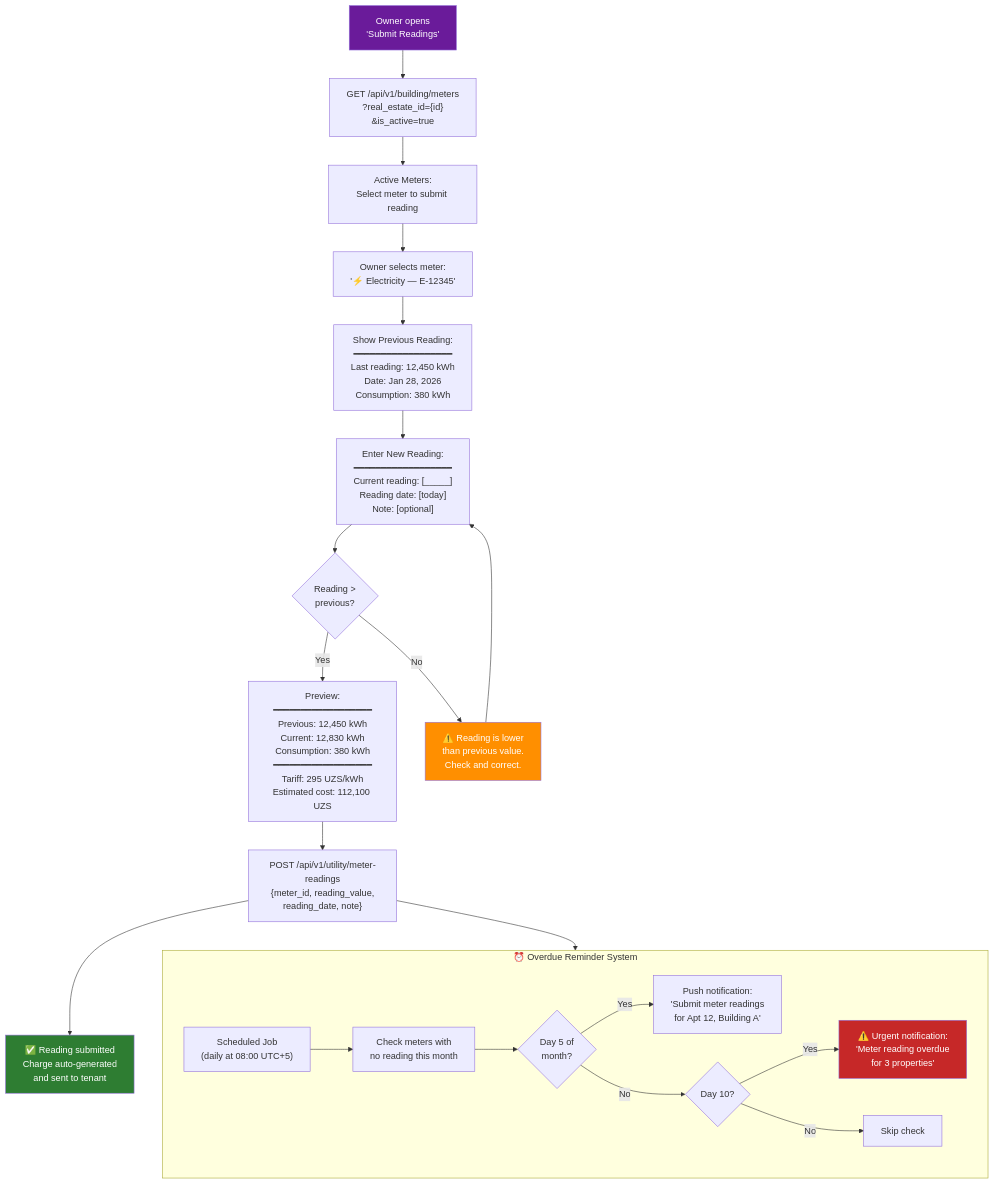
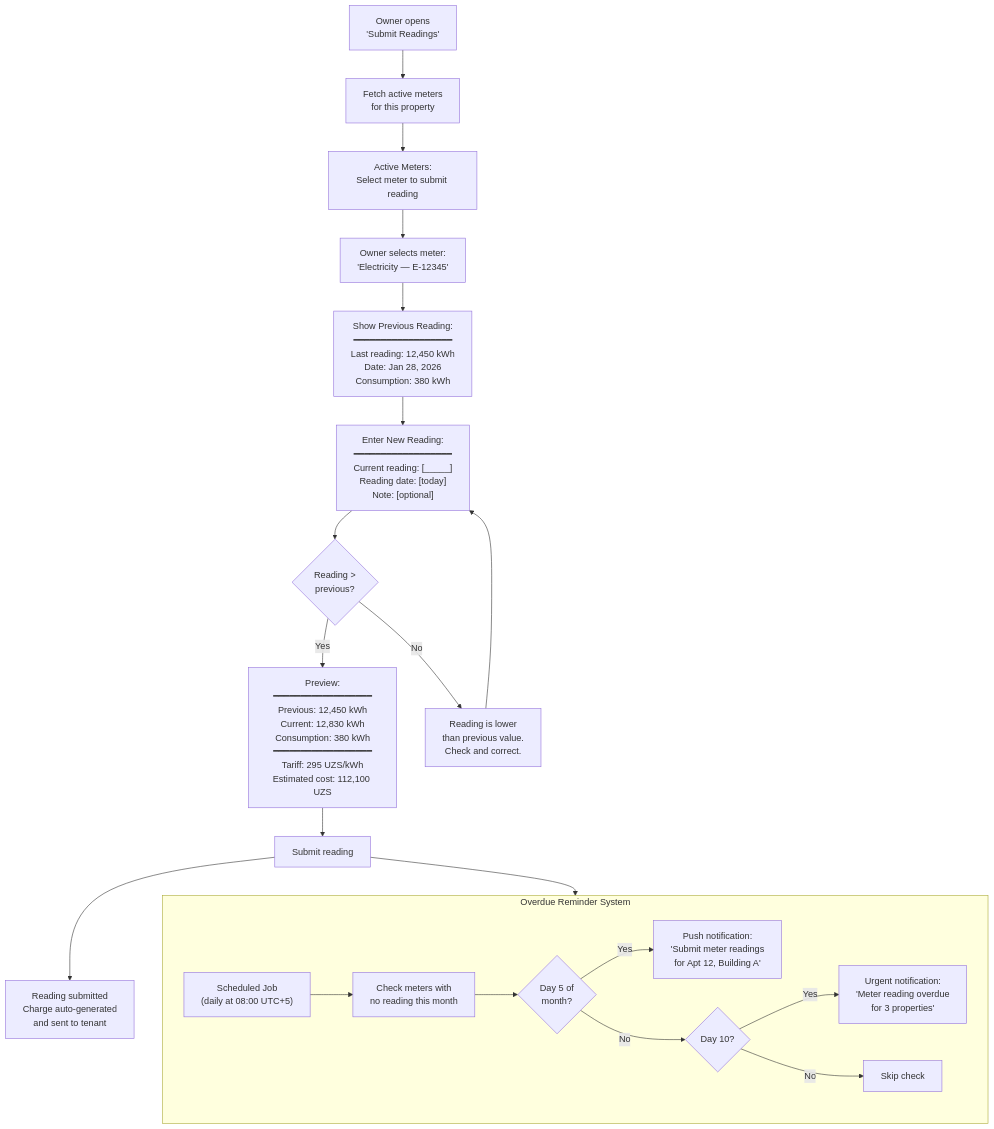
The fifth of 11 diagrams in Utilities - Business Owner.md (saodatm-dev/Utilities---Informational-Architecture), drawn with Mermaid before and after one commit. The commit also changed other lines of this file, not shown here.

Commit message:
refactor: Streamline Mermaid diagrams by removing icons, styling, and the 'Billing Management' flow, while expanding utility account details and removing backend notes.

````diff
--- a/Utilities - Business Owner.md
+++ b/Utilities - Business Owner.md
@@ -159,39 +136,34 @@
 ```mermaid
 flowchart TD
-    READINGS["Owner opens<br/>'Submit Readings'"] --> LOAD["GET /api/v1/building/meters<br/>?real_estate_id={id}<br/>&is_active=true"]
+    READINGS["Owner opens<br/>'Submit Readings'"] --> LOAD["Fetch active meters<br/>for this property"]
 
     LOAD --> METER_LIST["Active Meters:<br/>Select meter to submit reading"]
 
-    METER_LIST --> SELECT["Owner selects meter:<br/>'⚡ Electricity — E-12345'"]
+    METER_LIST --> SELECT["Owner selects meter:<br/>'Electricity — E-12345'"]
 
     SELECT --> PREV["Show Previous Reading:<br/>━━━━━━━━━━━━━━━━━━<br/>Last reading: 12,450 kWh<br/>Date: Jan 28, 2026<br/>Consumption: 380 kWh"]
 
     PREV --> INPUT["Enter New Reading:<br/>━━━━━━━━━━━━━━━━━━<br/>Current reading: [_____]<br/>Reading date: [today]<br/>Note: [optional]"]
 
     INPUT --> CALC{"Reading ><br/>previous?"}
 
     CALC -->|"Yes"| PREVIEW["Preview:<br/>━━━━━━━━━━━━━━━━━━<br/>Previous: 12,450 kWh<br/>Current: 12,830 kWh<br/>Consumption: 380 kWh<br/>━━━━━━━━━━━━━━━━━━<br/>Tariff: 295 UZS/kWh<br/>Estimated cost: 112,100 UZS"]
 
-    CALC -->|"No"| WARN["⚠️ Reading is lower<br/>than previous value.<br/>Check and correct."]
+    CALC -->|"No"| WARN["Reading is lower<br/>than previous value.<br/>Check and correct."]
     WARN --> INPUT
 
-    PREVIEW --> SUBMIT["POST /api/v1/utility/meter-readings<br/>{meter_id, reading_value,<br/>reading_date, note}"]
+    PREVIEW --> SUBMIT["Submit reading"]
 
-    SUBMIT --> SUCCESS["✅ Reading submitted<br/>Charge auto-generated<br/>and sent to tenant"]
+    SUBMIT --> SUCCESS["Reading submitted<br/>Charge auto-generated<br/>and sent to tenant"]
 
     SUBMIT --> REMINDER_FLOW
 
-    subgraph REMINDER_FLOW ["⏰ Overdue Reminder System"]
+    subgraph REMINDER_FLOW ["Overdue Reminder System"]
         CRON["Scheduled Job<br/>(daily at 08:00 UTC+5)"] --> CHECK["Check meters with<br/>no reading this month"]
         CHECK --> DAY5{"Day 5 of<br/>month?"}
         DAY5 -->|"Yes"| NOTIFY["Push notification:<br/>'Submit meter readings<br/>for Apt 12, Building A'"]
         DAY5 -->|"No"| DAY10{"Day 10?"}
-        DAY10 -->|"Yes"| URGENT["⚠️ Urgent notification:<br/>'Meter reading overdue<br/>for 3 properties'"]
+        DAY10 -->|"Yes"| URGENT["Urgent notification:<br/>'Meter reading overdue<br/>for 3 properties'"]
         DAY10 -->|"No"| SKIP["Skip check"]
     end
-
-    style READINGS fill:#6A1B9A,color:#fff
-    style SUCCESS fill:#2E7D32,color:#fff
-    style WARN fill:#FF8F00,color:#fff
-    style URGENT fill:#C62828,color:#fff
 ```
````
